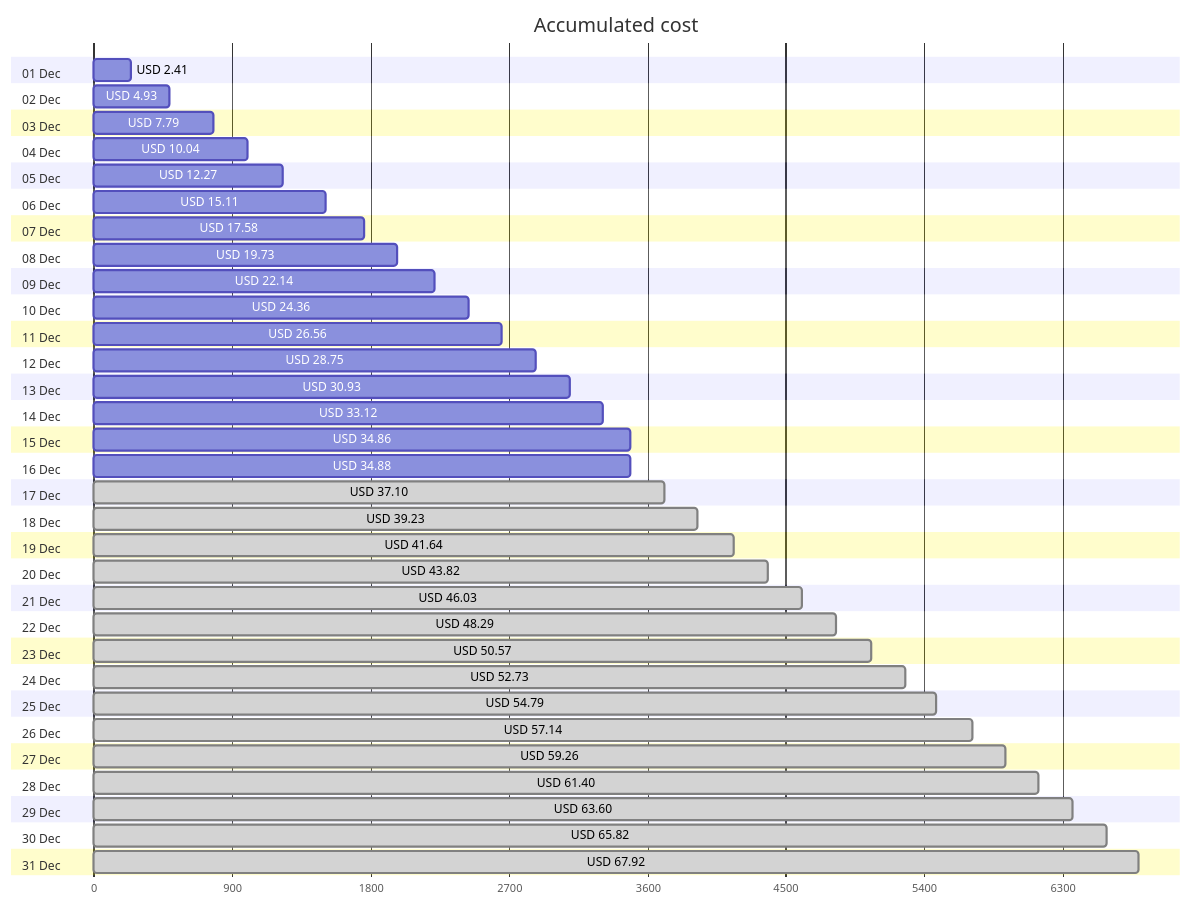
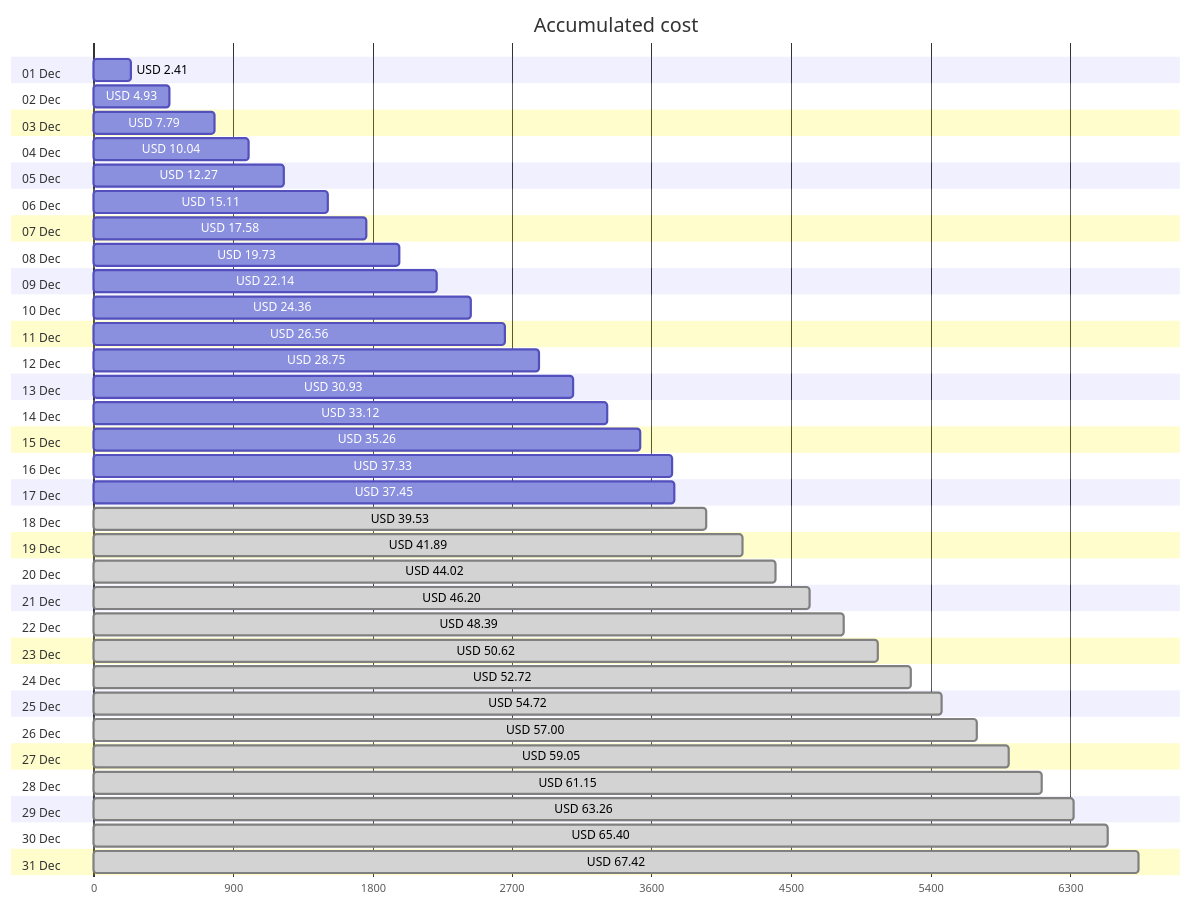
The first of 4 diagrams in cost-reports/accumulated-cost.md (jpfulton/azure-personal-reports), drawn with Mermaid before and after one commit. The commit also changed other lines of this file and 4 other files, not shown here.

````diff
--- a/cost-reports/accumulated-cost.md
+++ b/cost-reports/accumulated-cost.md
@@ -20,68 +20,68 @@
 ```mermaid
 gantt
    title Accumulated cost
    dateFormat  X
    axisFormat %s
    section 01 Dec
    USD 2.41 :0, 241
    section 02 Dec
    USD 4.93 :0, 493
    section 03 Dec
    USD 7.79 :0, 779
    section 04 Dec
    USD 10.04 :0, 1004
    section 05 Dec
    USD 12.27 :0, 1227
    section 06 Dec
    USD 15.11 :0, 1511
    section 07 Dec
    USD 17.58 :0, 1758
    section 08 Dec
    USD 19.73 :0, 1973
    section 09 Dec
    USD 22.14 :0, 2214
    section 10 Dec
    USD 24.36 :0, 2436
    section 11 Dec
    USD 26.56 :0, 2656
    section 12 Dec
    USD 28.75 :0, 2875
    section 13 Dec
    USD 30.93 :0, 3093
    section 14 Dec
    USD 33.12 :0, 3312
    section 15 Dec
-   USD 34.86 :0, 3486
+   USD 35.26 :0, 3526
    section 16 Dec
-   USD 34.88 :0, 3488
+   USD 37.33 :0, 3733
    section 17 Dec
-   USD 37.10 : done, 0, 3710
+   USD 37.45 :0, 3745
    section 18 Dec
-   USD 39.23 : done, 0, 3923
+   USD 39.53 : done, 0, 3953
    section 19 Dec
-   USD 41.64 : done, 0, 4164
+   USD 41.89 : done, 0, 4189
    section 20 Dec
-   USD 43.82 : done, 0, 4382
+   USD 44.02 : done, 0, 4402
    section 21 Dec
-   USD 46.03 : done, 0, 4603
+   USD 46.20 : done, 0, 4620
    section 22 Dec
-   USD 48.29 : done, 0, 4829
+   USD 48.39 : done, 0, 4839
    section 23 Dec
-   USD 50.57 : done, 0, 5057
+   USD 50.62 : done, 0, 5062
    section 24 Dec
-   USD 52.73 : done, 0, 5273
+   USD 52.72 : done, 0, 5272
    section 25 Dec
-   USD 54.79 : done, 0, 5479
+   USD 54.72 : done, 0, 5472
    section 26 Dec
-   USD 57.14 : done, 0, 5714
+   USD 57.00 : done, 0, 5700
    section 27 Dec
-   USD 59.26 : done, 0, 5926
+   USD 59.05 : done, 0, 5905
    section 28 Dec
-   USD 61.40 : done, 0, 6140
+   USD 61.15 : done, 0, 6115
    section 29 Dec
-   USD 63.60 : done, 0, 6360
+   USD 63.26 : done, 0, 6326
    section 30 Dec
-   USD 65.82 : done, 0, 6582
+   USD 65.40 : done, 0, 6540
    section 31 Dec
-   USD 67.92 : done, 0, 6792
+   USD 67.42 : done, 0, 6742
 ```
````
